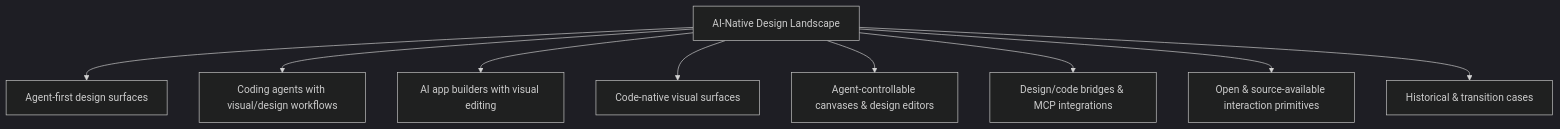
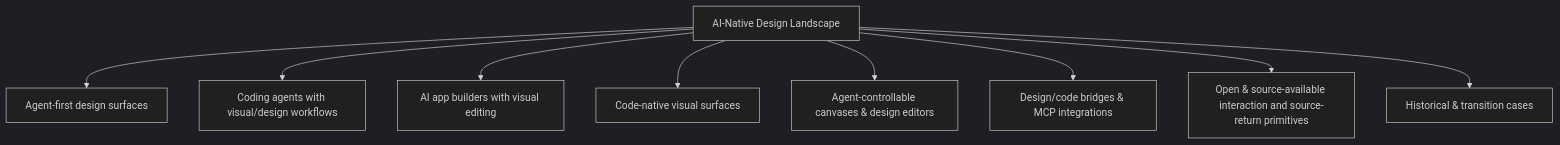
Before and after one commit to cc1024201/ai-native-design-landscape: the first of 2 diagrams in README.md, drawn with Mermaid (dark theme). The commit also changed other lines of this file and 1 other file, not shown here.

````diff
--- a/README.md
+++ b/README.md
@@ -95,12 +96,12 @@
 ```mermaid
 flowchart TD
     L[AI-Native Design Landscape]
     L --> A[Agent-first design surfaces]
     L --> B[Coding agents with visual/design workflows]
     L --> C[AI app builders with visual editing]
     L --> D[Code-native visual surfaces]
     L --> E[Agent-controllable canvases & design editors]
     L --> F[Design/code bridges & MCP integrations]
-    L --> G[Open & source-available interaction primitives]
+    L --> G[Open & source-available interaction and source-return primitives]
     L --> H[Historical & transition cases]
 ```
````
